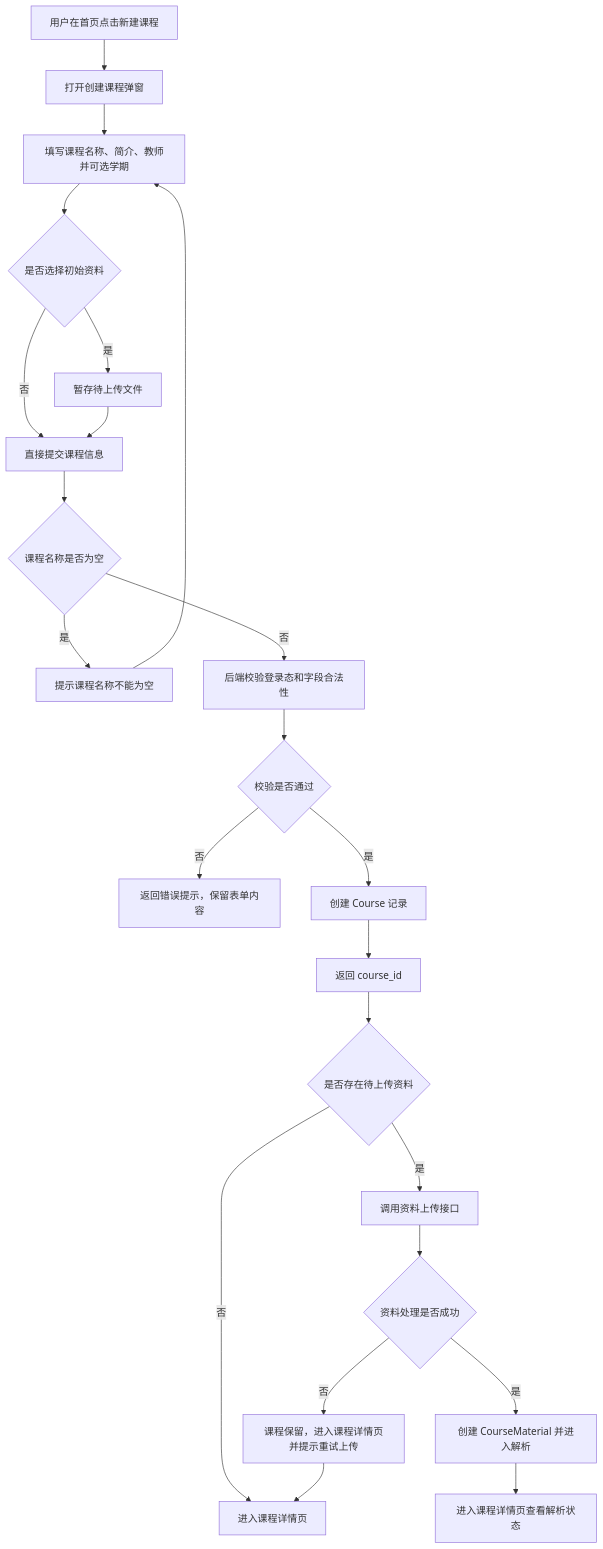
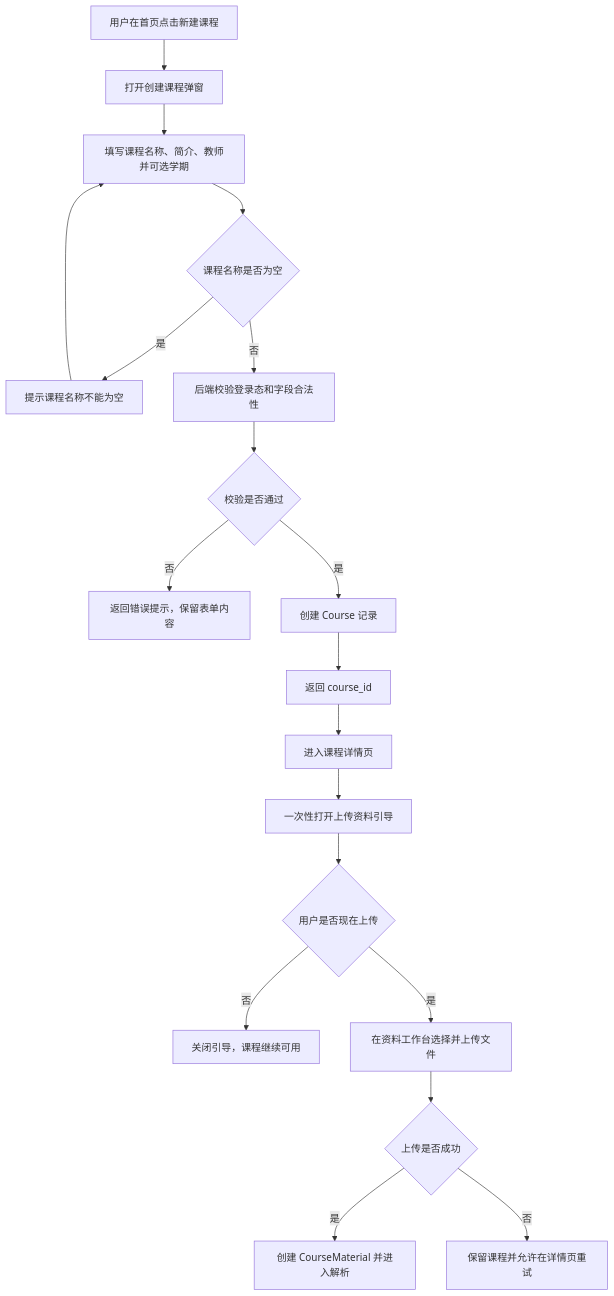
One commit to cyruan815/CourseNexus changed the third of 10 diagrams in docs/product/PRD/02_用户流程_页面跳转_系统流程.md. Above: the diagram before and after it, drawn with Mermaid. The commit also changed other lines of this file and 6 other files, not shown here.

````diff
--- a/docs/product/PRD/02_用户流程_页面跳转_系统流程.md
+++ b/docs/product/PRD/02_用户流程_页面跳转_系统流程.md
@@ -194,25 +193,21 @@
 ```mermaid
 flowchart TD
     A["用户在首页点击新建课程"] --> B["打开创建课程弹窗"]
     B --> C["填写课程名称、简介、教师并可选学期"]
-    C --> D{"是否选择初始资料"}
-    D -- "是" --> E["暂存待上传文件"]
-    D -- "否" --> F["直接提交课程信息"]
-    E --> F
-    F --> G{"课程名称是否为空"}
+    C --> G{"课程名称是否为空"}
     G -- "是" --> H["提示课程名称不能为空"]
     H --> C
     G -- "否" --> I["后端校验登录态和字段合法性"]
     I --> J{"校验是否通过"}
     J -- "否" --> K["返回错误提示，保留表单内容"]
     J -- "是" --> L["创建 Course 记录"]
     L --> M["返回 course_id"]
-    M --> N{"是否存在待上传资料"}
-    N -- "否" --> O["进入课程详情页"]
-    N -- "是" --> P["调用资料上传接口"]
-    P --> Q{"资料处理是否成功"}
-    Q -- "是" --> R["创建 CourseMaterial 并进入解析"]
-    Q -- "否" --> S["课程保留，进入课程详情页并提示重试上传"]
-    R --> T["进入课程详情页查看解析状态"]
-    S --> O
+    M --> N["进入课程详情页"]
+    N --> O["一次性打开上传资料引导"]
+    O --> P{"用户是否现在上传"}
+    P -- "否" --> Q["关闭引导，课程继续可用"]
+    P -- "是" --> R["在资料工作台选择并上传文件"]
+    R --> S{"上传是否成功"}
+    S -- "是" --> T["创建 CourseMaterial 并进入解析"]
+    S -- "否" --> U["保留课程并允许在详情页重试"]
 ```
````
